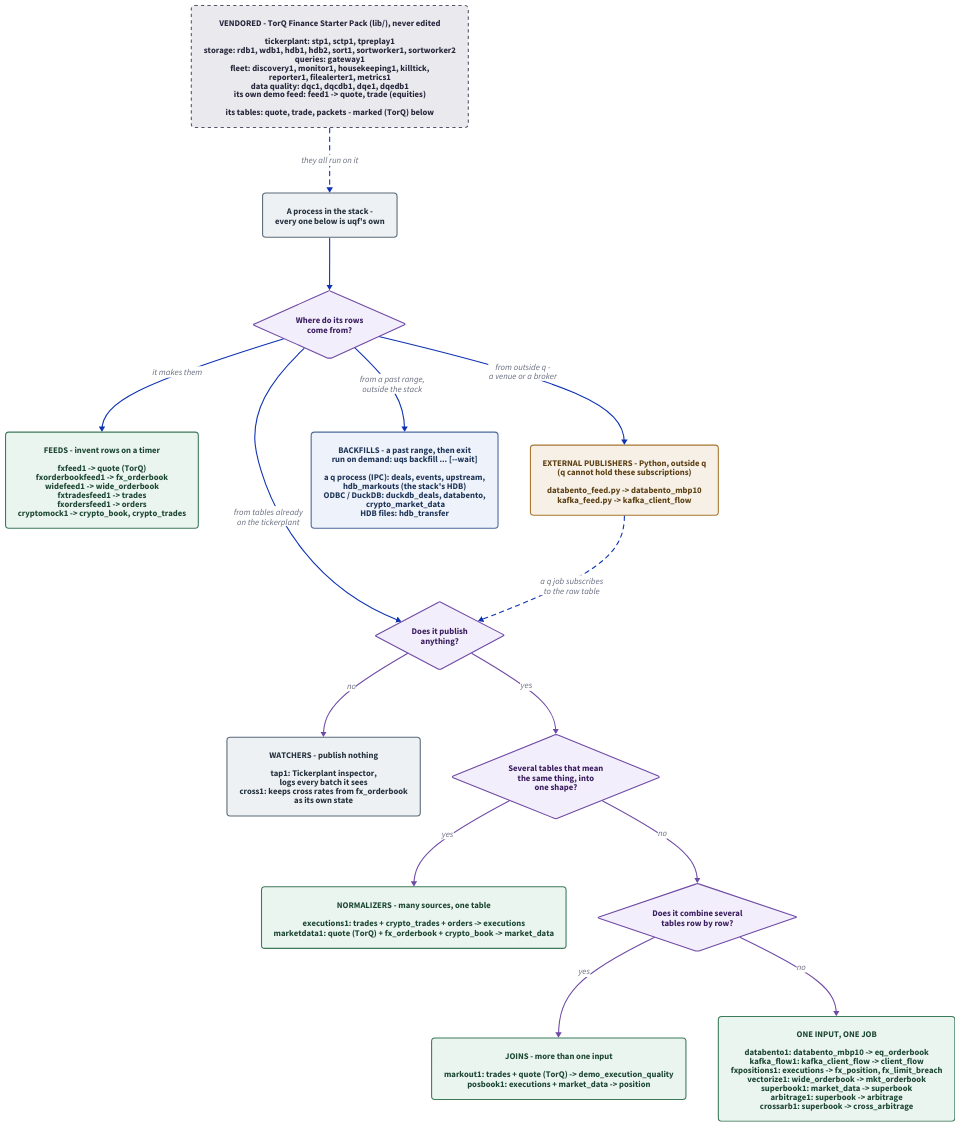
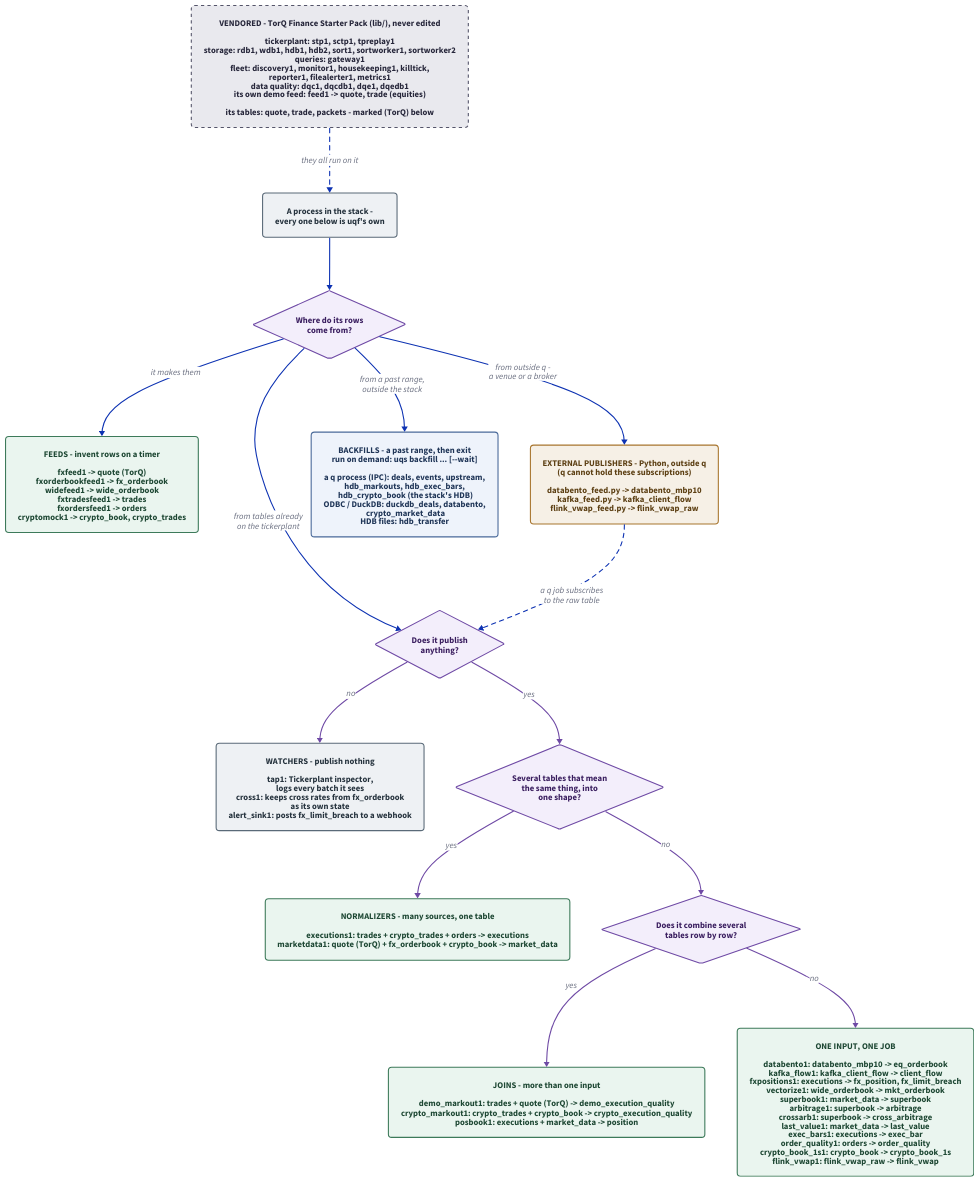
Before and after one commit to kwojdalski/uqf: the diagram in docs/diagrams/services-showcase.d2, drawn with D2. The commit also changed 20 other files, not shown here.

First line of the commit message:
Docs: bring the d2 diagrams up to date with the 2026-10-12/13 merges (#1257)

```diff
--- a/docs/diagrams/services-showcase.d2
+++ b/docs/diagrams/services-showcase.d2
@@ -1,125 +1,125 @@
 # services-showcase.d2 - how the stack's processes differ, as a decision tree.
 #
 # Rendered by scripts/generate/render_diagrams.py, which CI runs with
 # --check. Embedded from docs/services/README.md.
 #
 # WHAT THIS DIAGRAM IS FOR. The showcase lists every process; this sorts them
 # by the two things that tell them apart: where their rows come from, and what
 # they do with the tables they read. Each leaf names its processes with the
 # tables they read and write, as the generated process table has them
 # (docs/reference/processes.md) - so it can be checked, not just believed.
 #
 # The Databento and Kafka processes are the easy ones to misread: the
 # PUBLISHER is a Python handler outside q (a q process cannot hold either
 # subscription), and databento1 / kafka_flow1 are ordinary subscribers to the
 # raw table it publishes. The drawing routes them through "from outside q"
 # and back into the subscriber questions for that reason.
 #
 # VENDORED vs OURS. Every process in the tree is uqf's own; the dashed box on
 # top is the TorQ Finance Starter Pack they run on (lib/, never edited) - its
 # 23 processes, as docs/reference/processes.md lists them, and its three
 # tables. A vendored table in a leaf is marked (TorQ): today that is `quote`,
 # which fxfeed1 writes beside TorQ's own feed1.
 
 direction: down
 
 vars: {
   d2-config: {
     pad: 40
   }
 }
 
 classes: {
   question: {
     shape: diamond
     style: {
       fill: "#f3eefb"
       stroke: "#6f4aa5"
       font-color: "#3a1e5f"
     }
   }
   group: {
     style: {
       fill: "#eaf5ef"
       stroke: "#3d7a5a"
       font-color: "#1d4733"
       border-radius: 6
     }
   }
   external: {
     style: {
       fill: "#f6f0e6"
       stroke: "#a8762f"
       font-color: "#5c3f13"
       border-radius: 6
     }
   }
   bounded: {
     style: {
       fill: "#eef3fb"
       stroke: "#4a6a9a"
       font-color: "#1f3557"
       border-radius: 6
     }
   }
   vendored: {
     style: {
       fill: "#e9e9ee"
       stroke: "#55556a"
       font-color: "#26263a"
       border-radius: 6
       stroke-dash: 3
     }
   }
   quiet: {
     style: {
       fill: "#eef1f4"
       stroke: "#5a6a78"
       font-color: "#25323d"
       border-radius: 6
     }
   }
 }
 
 vendored: "VENDORED - TorQ Finance Starter Pack (lib/), never edited\n\ntickerplant: stp1, sctp1, tpreplay1\nstorage: rdb1, wdb1, hdb1, hdb2, sort1, sortworker1, sortworker2\nqueries: gateway1\nfleet: discovery1, monitor1, housekeeping1, killtick,\nreporter1, filealerter1, metrics1\ndata quality: dqc1, dqcdb1, dqe1, dqedb1\nits own demo feed: feed1 -> quote, trade (equities)\n\nits tables: quote, trade, packets - marked (TorQ) below" { class: vendored }
 
 start: "A process in the stack -\nevery one below is uqf's own" { class: quiet }
 
 vendored -> start: "they all run on it" { style.stroke-dash: 4 }
 
 q_source: "Where do its rows\ncome from?" { class: question }
 
 feeds: "FEEDS - invent rows on a timer\n\nfxfeed1 -> quote (TorQ)\nfxorderbookfeed1 -> fx_orderbook\nwidefeed1 -> wide_orderbook\nfxtradesfeed1 -> trades\nfxordersfeed1 -> orders\ncryptomock1 -> crypto_book, crypto_trades" { class: group }
 
-external: "EXTERNAL PUBLISHERS - Python, outside q\n(q cannot hold these subscriptions)\n\ndatabento_feed.py -> databento_mbp10\nkafka_feed.py -> kafka_client_flow" { class: external }
+external: "EXTERNAL PUBLISHERS - Python, outside q\n(q cannot hold these subscriptions)\n\ndatabento_feed.py -> databento_mbp10\nkafka_feed.py -> kafka_client_flow\nflink_vwap_feed.py -> flink_vwap_raw" { class: external }
 
-backfills: "BACKFILLS - a past range, then exit\nrun on demand: uqs backfill ... [--wait]\n\na q process (IPC): deals, events, upstream,\nhdb_markouts (the stack's HDB)\nODBC / DuckDB: duckdb_deals, databento,\n crypto_market_data\nHDB files: hdb_transfer" { class: bounded }
+backfills: "BACKFILLS - a past range, then exit\nrun on demand: uqs backfill ... [--wait]\n\na q process (IPC): deals, events, upstream,\nhdb_markouts, hdb_exec_bars,\n hdb_crypto_book (the stack's HDB)\nODBC / DuckDB: duckdb_deals, databento,\n crypto_market_data\nHDB files: hdb_transfer" { class: bounded }
 
 q_publish: "Does it publish\nanything?" { class: question }
 
-quiet_leaves: "WATCHERS - publish nothing\n\ntap1: Tickerplant inspector,\nlogs every batch it sees\ncross1: keeps cross rates from fx_orderbook\nas its own state" { class: quiet }
+quiet_leaves: "WATCHERS - publish nothing\n\ntap1: Tickerplant inspector,\nlogs every batch it sees\ncross1: keeps cross rates from fx_orderbook\nas its own state\nalert_sink1: posts fx_limit_breach to a webhook" { class: quiet }
 
 q_same: "Several tables that mean\nthe same thing, into\none shape?" { class: question }
 
 normalizers: "NORMALIZERS - many sources, one table\n\nexecutions1: trades + crypto_trades + orders -> executions\nmarketdata1: quote (TorQ) + fx_orderbook + crypto_book -> market_data" { class: group }
 
 q_join: "Does it combine several\ntables row by row?" { class: question }
 
-joins: "JOINS - more than one input\n\nmarkout1: trades + quote (TorQ) -> demo_execution_quality\nposbook1: executions + market_data -> position" { class: group }
+joins: "JOINS - more than one input\n\ndemo_markout1: trades + quote (TorQ) -> demo_execution_quality\ncrypto_markout1: crypto_trades + crypto_book -> crypto_execution_quality\nposbook1: executions + market_data -> position" { class: group }
 
-single: "ONE INPUT, ONE JOB\n\ndatabento1: databento_mbp10 -> eq_orderbook\nkafka_flow1: kafka_client_flow -> client_flow\nfxpositions1: executions -> fx_position, fx_limit_breach\nvectorize1: wide_orderbook -> mkt_orderbook\nsuperbook1: market_data -> superbook\narbitrage1: superbook -> arbitrage\ncrossarb1: superbook -> cross_arbitrage" { class: group }
+single: "ONE INPUT, ONE JOB\n\ndatabento1: databento_mbp10 -> eq_orderbook\nkafka_flow1: kafka_client_flow -> client_flow\nfxpositions1: executions -> fx_position, fx_limit_breach\nvectorize1: wide_orderbook -> mkt_orderbook\nsuperbook1: market_data -> superbook\narbitrage1: superbook -> arbitrage\ncrossarb1: superbook -> cross_arbitrage\nlast_value1: market_data -> last_value\nexec_bars1: executions -> exec_bar\norder_quality1: orders -> order_quality\ncrypto_book_1s1: crypto_book -> crypto_book_1s\nflink_vwap1: flink_vwap_raw -> flink_vwap" { class: group }
 
 start -> q_source
 q_source -> feeds: "it makes them"
 q_source -> external: "from outside q -\na venue or a broker"
 q_source -> q_publish: "from tables already\non the tickerplant"
 q_source -> backfills: "from a past range,\noutside the stack"
 
 external -> q_publish: "a q job subscribes\nto the raw table" { style.stroke-dash: 4 }
 
 q_publish -> quiet_leaves: "no" { style.stroke: "#6f4aa5" }
 q_publish -> q_same: "yes" { style.stroke: "#6f4aa5" }
 q_same -> normalizers: "yes" { style.stroke: "#6f4aa5" }
 q_same -> q_join: "no" { style.stroke: "#6f4aa5" }
 q_join -> joins: "yes" { style.stroke: "#6f4aa5" }
 q_join -> single: "no" { style.stroke: "#6f4aa5" }
```
